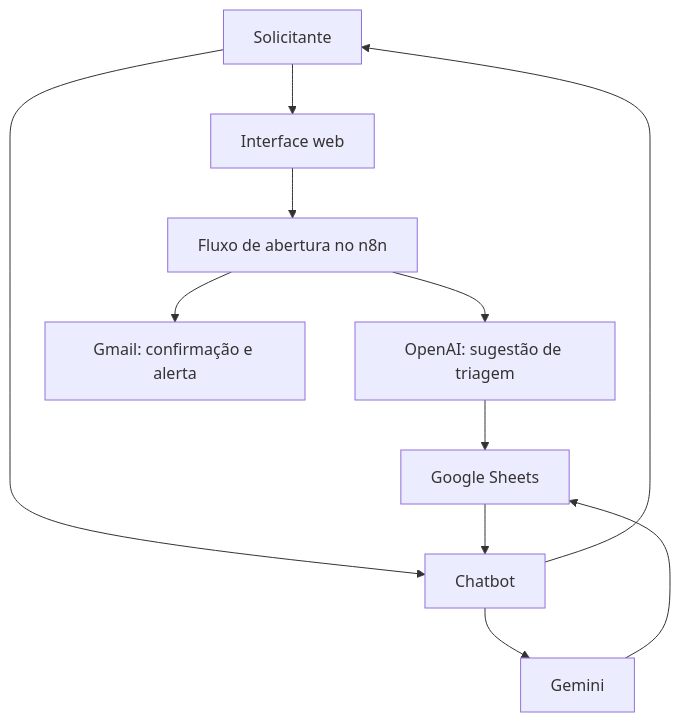
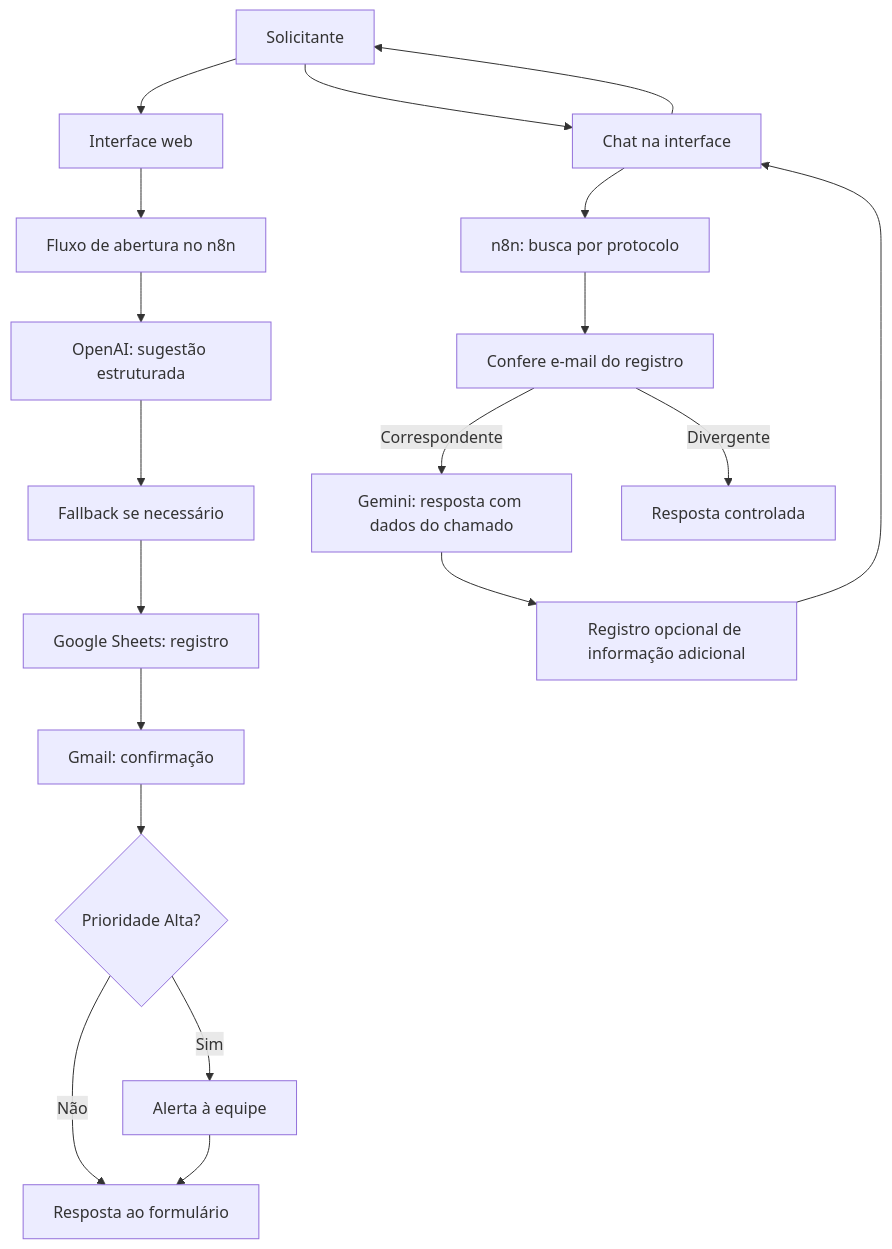
The diagram in Unidade-IV-Agentes-e-Etica/docs/04-projeto-solucao-inteligente.md (ZathanZ61/tendencias_Ciencia_da_Computacao), drawn with Mermaid before and after one commit. The commit also changed other lines of this file, not shown here.

Commit message:
docs(unidade-iv): alinhar documentação ao sistema de triagem

````diff
--- a/Unidade-IV-Agentes-e-Etica/docs/04-projeto-solucao-inteligente.md
+++ b/Unidade-IV-Agentes-e-Etica/docs/04-projeto-solucao-inteligente.md
@@ -49,13 +49,21 @@
 ```mermaid
 flowchart TD
     U[Solicitante] --> WEB[Interface web]
     WEB --> N8N[Fluxo de abertura no n8n]
-    N8N --> IA[OpenAI: sugestão de triagem]
-    IA --> SHEETS[Google Sheets]
-    N8N --> MAIL[Gmail: confirmação e alerta]
-    U --> BOT[Chatbot]
-    BOT --> GEM[Gemini]
-    GEM --> SHEETS
-    SHEETS --> BOT
+    N8N --> IA[OpenAI: sugestão estruturada]
+    IA --> FB[Fallback se necessário]
+    FB --> SHEETS[Google Sheets: registro]
+    SHEETS --> MAIL[Gmail: confirmação]
+    MAIL --> ALERTA{Prioridade Alta?}
+    ALERTA -->|Sim| EQUIPE[Alerta à equipe]
+    ALERTA -->|Não| RESP[Resposta ao formulário]
+    EQUIPE --> RESP
+    U --> BOT[Chat na interface]
+    BOT --> BUSCA[n8n: busca por protocolo]
+    BUSCA --> CONFERE[Confere e-mail do registro]
+    CONFERE -->|Correspondente| GEM[Gemini: resposta com dados do chamado]
+    CONFERE -->|Divergente| NEGADO[Resposta controlada]
+    GEM --> REGISTRO[Registro opcional de informação adicional]
+    REGISTRO --> BOT
     BOT --> U
 ```
````
